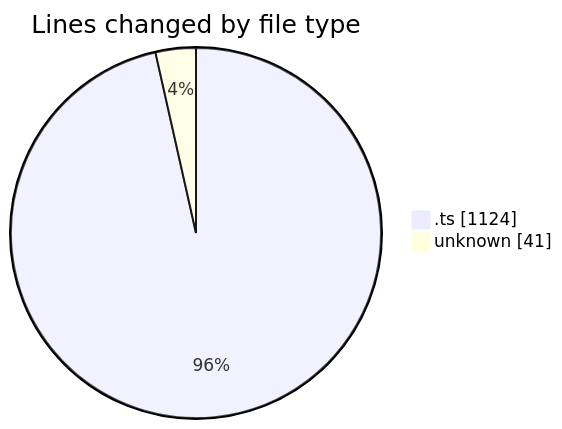
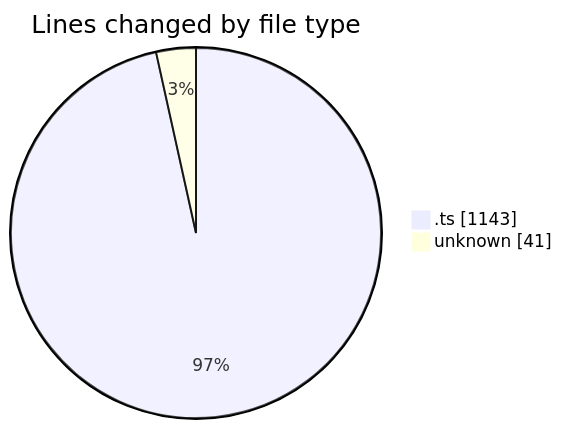
Before and after one commit to momahboobian/code-tracking: the first of 2 diagrams in 2025-08-18/cda/README.md, drawn with Mermaid. The commit also changed other lines of this file and 1 other file, not shown here.

````diff
--- a/2025-08-18/cda/README.md
+++ b/2025-08-18/cda/README.md
@@ -24,6 +24,6 @@
 ```mermaid
 pie showData
 title Lines changed by file type
-".ts" : 1124
+".ts" : 1143
 "unknown" : 41
 ```
````
